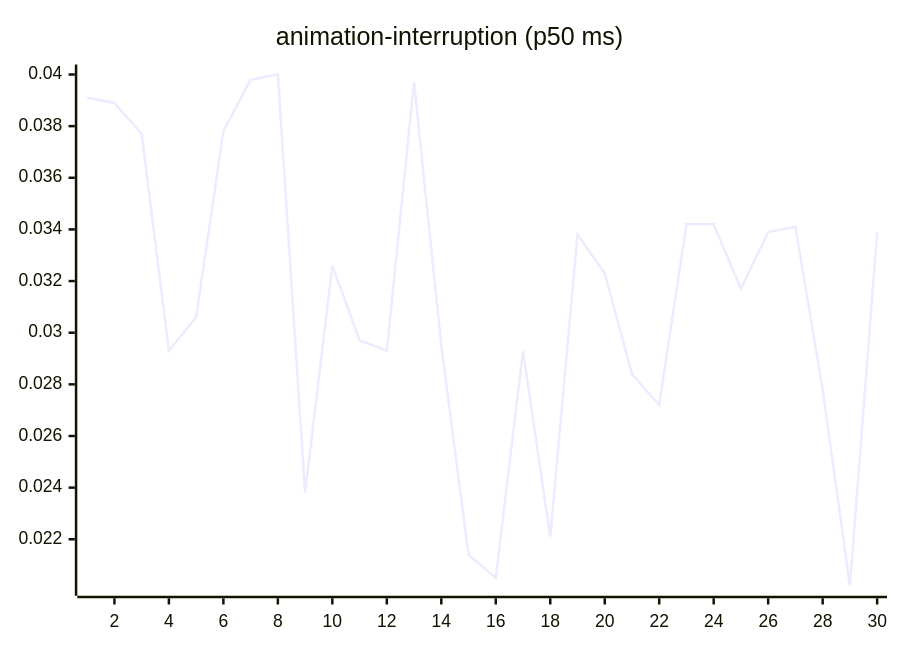
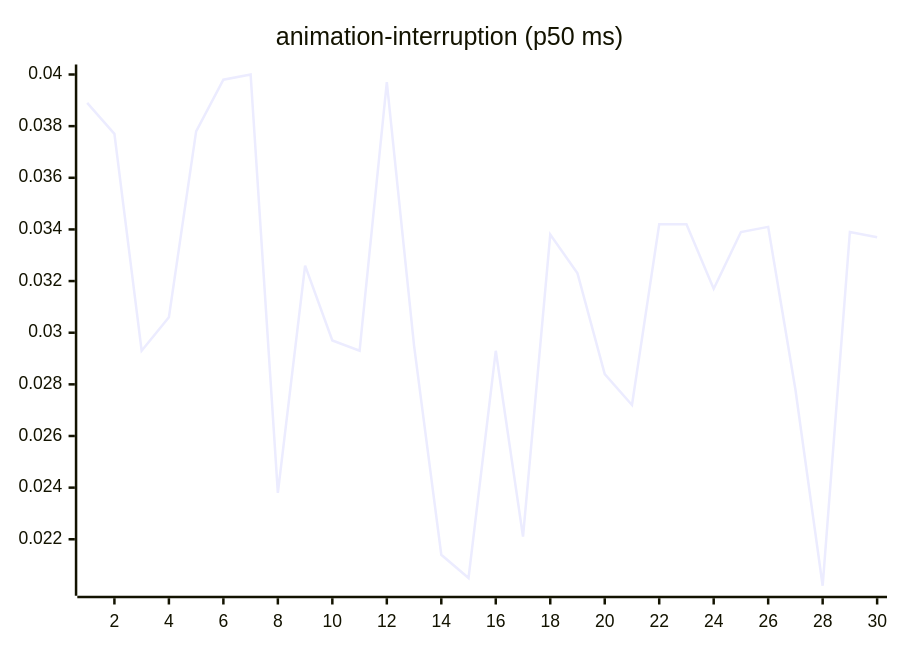
One commit to josha/Facet changed the third of 27 diagrams in README.md. Above: the diagram before and after it, drawn with Mermaid. The commit also changed other lines of this file and 2 other files, not shown here.

````diff
--- a/README.md
+++ b/README.md
@@ -77,6 +77,6 @@
 ```mermaid
 xychart-beta
     title "animation-interruption (p50 ms)"
     x-axis 1 --> 30
-    line [0.0391, 0.0389, 0.0377, 0.0293, 0.0306, 0.0378, 0.0398, 0.0400, 0.0238, 0.0326, 0.0297, 0.0293, 0.0397, 0.0295, 0.0214, 0.0205, 0.0293, 0.0221, 0.0338, 0.0323, 0.0284, 0.0272, 0.0342, 0.0342, 0.0317, 0.0339, 0.0341, 0.0278, 0.0202, 0.0339]
+    line [0.0389, 0.0377, 0.0293, 0.0306, 0.0378, 0.0398, 0.0400, 0.0238, 0.0326, 0.0297, 0.0293, 0.0397, 0.0295, 0.0214, 0.0205, 0.0293, 0.0221, 0.0338, 0.0323, 0.0284, 0.0272, 0.0342, 0.0342, 0.0317, 0.0339, 0.0341, 0.0278, 0.0202, 0.0339, 0.0337]
 ```
````
